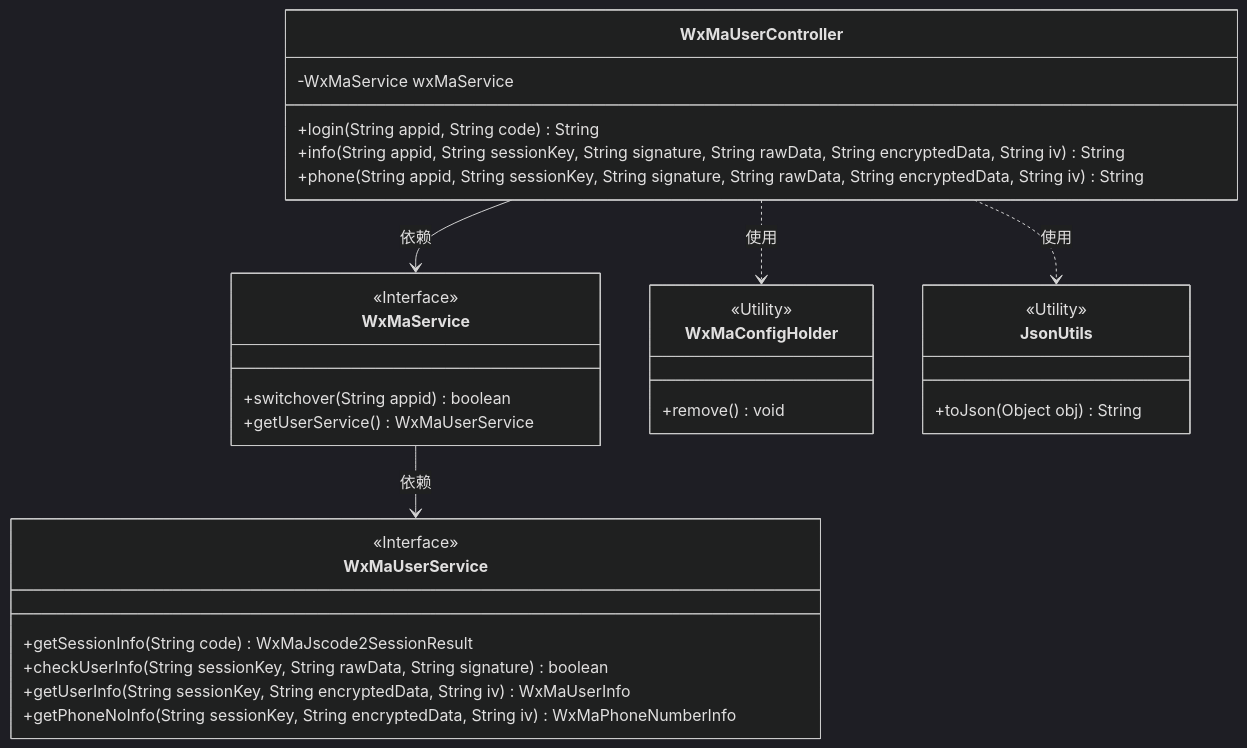
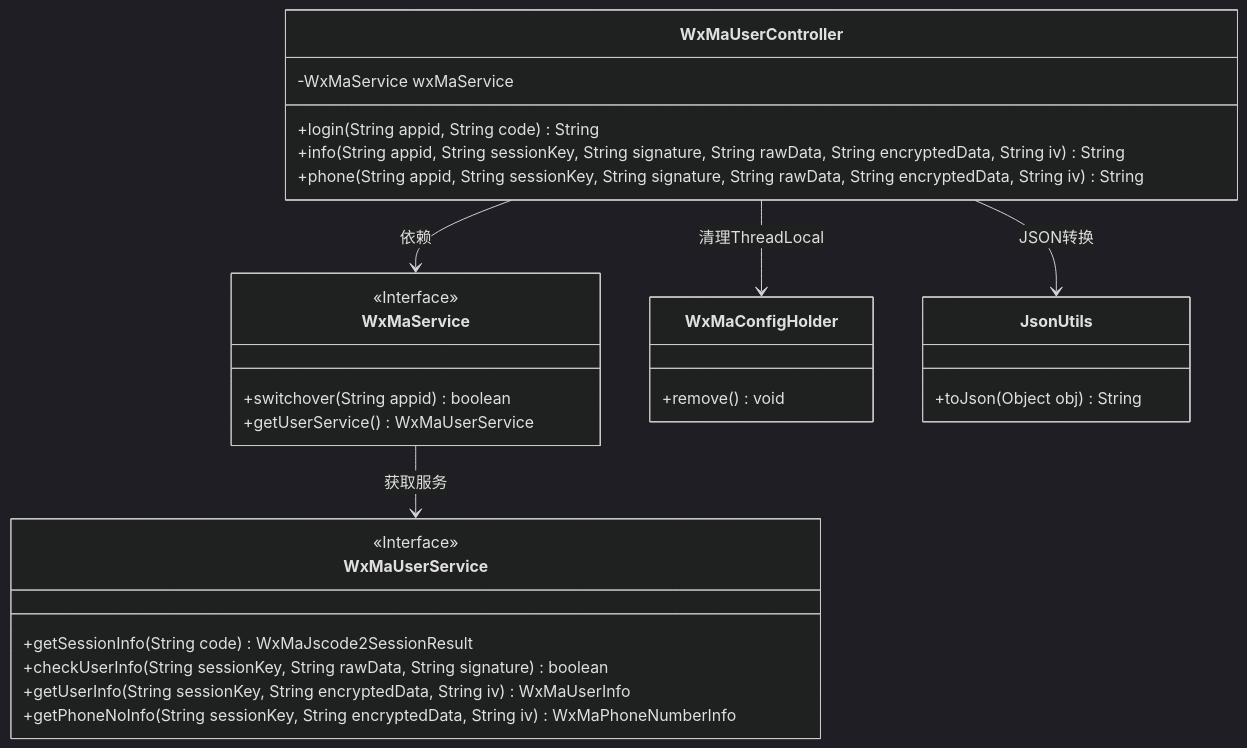
The first of 2 diagrams in docs/zh/docs/src/main/java/com/github/binarywang/demo/wx/miniapp/controller/WxMaUserController.md (v-wjrong/binary_weixin-java-miniapp-demo), drawn with Mermaid (dark theme) before and after one commit. The commit also changed other lines of this file and 50 other files, not shown here.

````diff
--- a/docs/zh/docs/src/main/java/com/github/binarywang/demo/wx/miniapp/controller/WxMaUserController.md
+++ b/docs/zh/docs/src/main/java/com/github/binarywang/demo/wx/miniapp/controller/WxMaUserController.md
@@ -36,38 +36,36 @@
 ```mermaid
 classDiagram
     class WxMaUserController {
         -WxMaService wxMaService
         +login(String appid, String code) String
         +info(String appid, String sessionKey, String signature, String rawData, String encryptedData, String iv) String
         +phone(String appid, String sessionKey, String signature, String rawData, String encryptedData, String iv) String
     }
 
     class WxMaService {
         <<Interface>>
         +switchover(String appid) boolean
         +getUserService() WxMaUserService
     }
 
     class WxMaUserService {
         <<Interface>>
         +getSessionInfo(String code) WxMaJscode2SessionResult
         +checkUserInfo(String sessionKey, String rawData, String signature) boolean
         +getUserInfo(String sessionKey, String encryptedData, String iv) WxMaUserInfo
         +getPhoneNoInfo(String sessionKey, String encryptedData, String iv) WxMaPhoneNumberInfo
     }
 
     class WxMaConfigHolder {
-        <<Utility>>
         +remove() void
     }
 
     class JsonUtils {
-        <<Utility>>
         +toJson(Object obj) String
     }
 
     WxMaUserController --> WxMaService : 依赖
-    WxMaService --> WxMaUserService : 依赖
-    WxMaUserController ..> JsonUtils : 使用
-    WxMaUserController ..> WxMaConfigHolder : 使用
+    WxMaUserController --> WxMaConfigHolder : 清理ThreadLocal
+    WxMaUserController --> JsonUtils : JSON转换
+    WxMaService --> WxMaUserService : 获取服务
 ```
````
